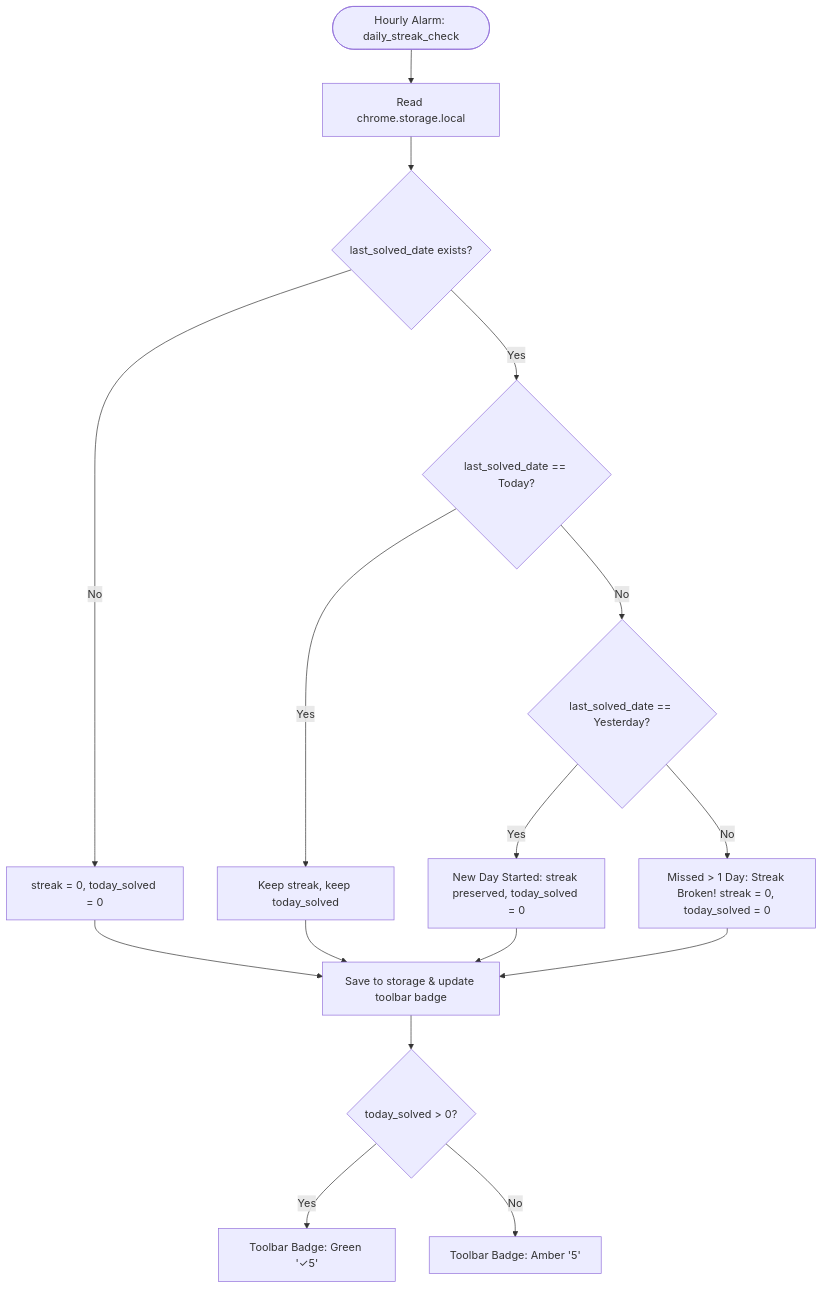
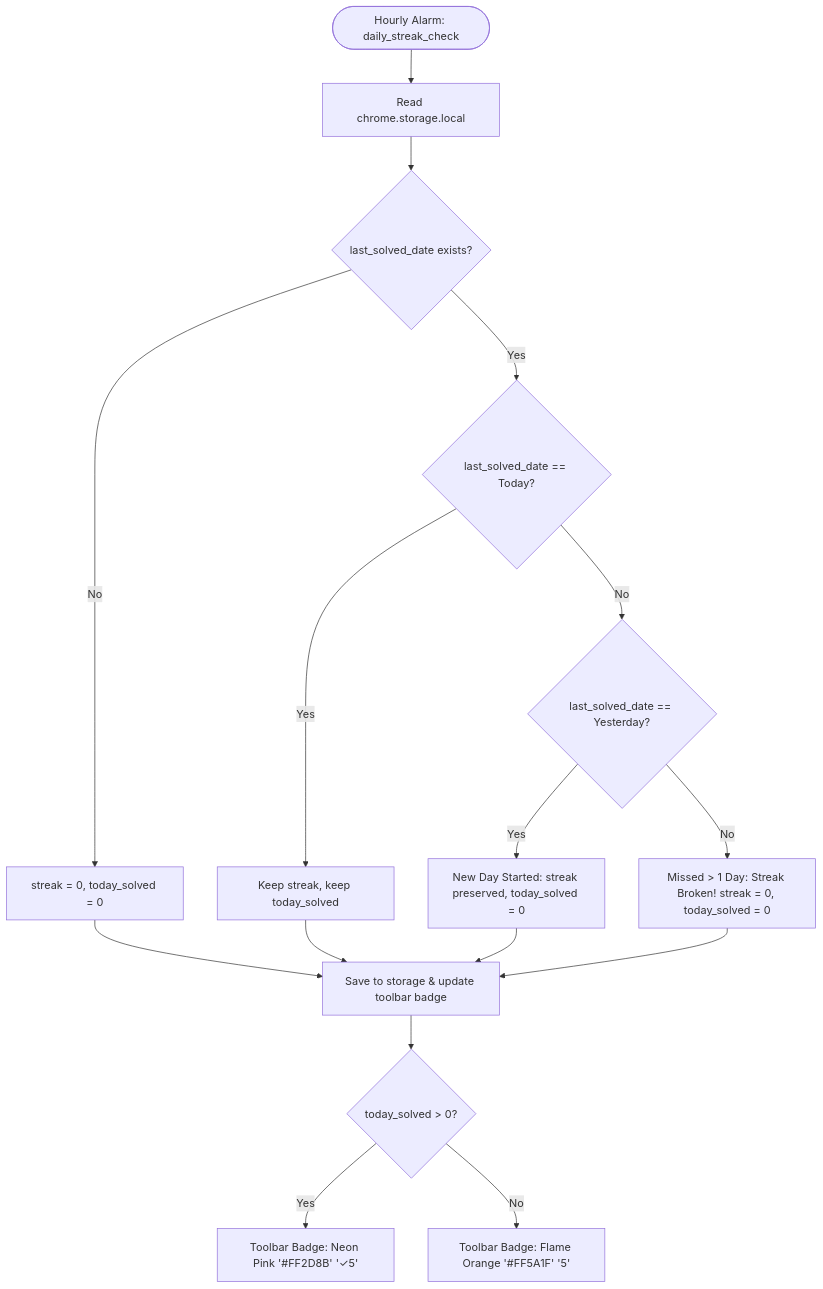
One commit to NINJA981/LeetX changed the sixth of 6 diagrams in PROJECT_ARCHITECTURE.md. Above: the diagram before and after it, drawn with Mermaid. The commit also changed 4 other files, not shown here.

Commit message:
feat(ui): update toolbar badge and checkmark ticks to neon pink scheme

````diff
--- a/PROJECT_ARCHITECTURE.md
+++ b/PROJECT_ARCHITECTURE.md
@@ -323,23 +323,23 @@
 ```mermaid
 flowchart TD
     A([Hourly Alarm: daily_streak_check]) --> B[Read chrome.storage.local]
     B --> C{last_solved_date exists?}
     
     C -->|No| D[streak = 0, today_solved = 0]
     C -->|Yes| E{last_solved_date == Today?}
     
     E -->|Yes| F[Keep streak, keep today_solved]
     E -->|No| G{last_solved_date == Yesterday?}
     
     G -->|Yes| H[New Day Started: streak preserved, today_solved = 0]
     G -->|No| I[Missed > 1 Day: Streak Broken! streak = 0, today_solved = 0]
     
     D --> J[Save to storage & update toolbar badge]
     F --> J
     H --> J
     I --> J
     
     J --> K{today_solved > 0?}
-    K -->|Yes| L[Toolbar Badge: Green '✓5']
-    K -->|No| M[Toolbar Badge: Amber '5']
+    K -->|Yes| L[Toolbar Badge: Neon Pink '#FF2D8B' '✓5']
+    K -->|No| M[Toolbar Badge: Flame Orange '#FF5A1F' '5']
 ```
````
